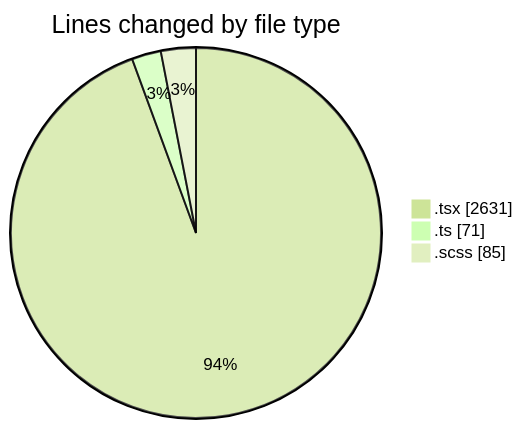
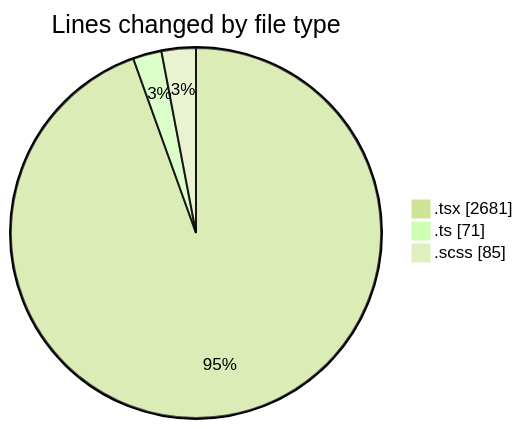
The first of 2 diagrams in 2025-02-11/cda/README.md (momahboobian/code-tracking), drawn with Mermaid (forest theme) before and after one commit. The commit also changed other lines of this file and 1 other file, not shown here.

````diff
--- a/2025-02-11/cda/README.md
+++ b/2025-02-11/cda/README.md
@@ -24,7 +24,7 @@
 ```mermaid
 pie showData
 title Lines changed by file type
-".tsx" : 2631
+".tsx" : 2681
 ".ts" : 71
 ".scss" : 85
 ```
````
